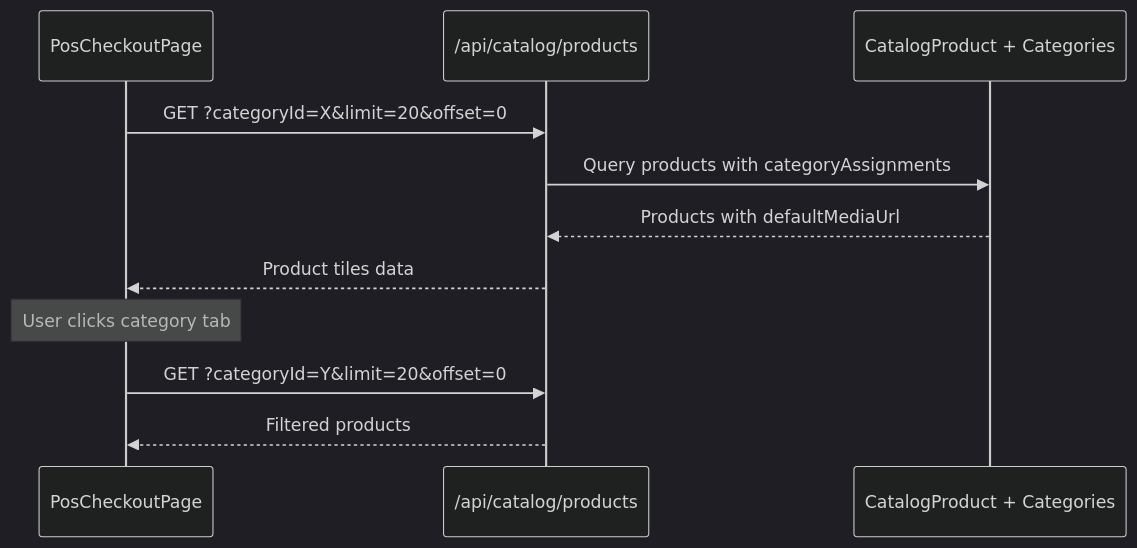
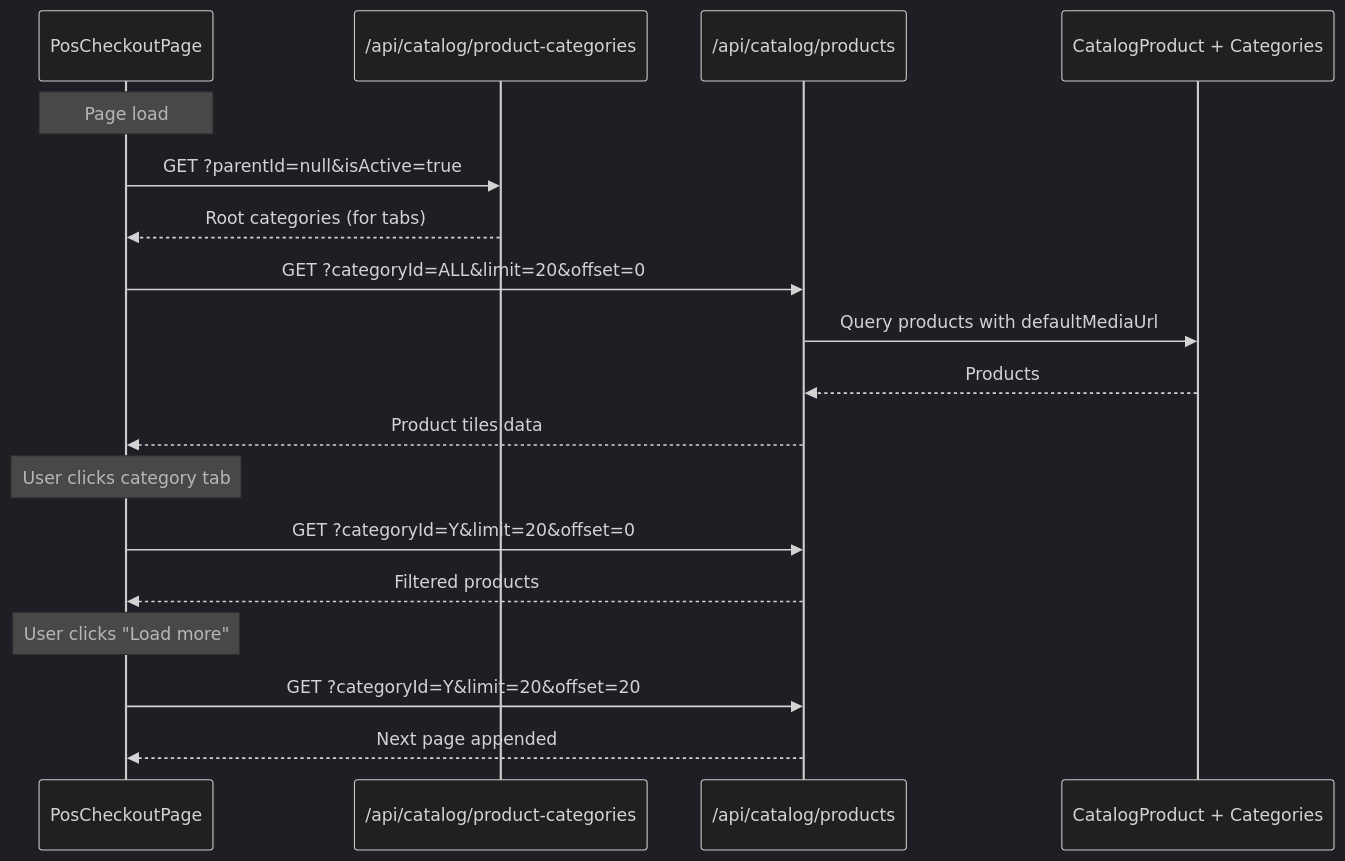
The diagram in .ai/specs/SPEC-016a-2026-02-09-pos-tile-browsing.md (open-mercato/open-mercato), drawn with Mermaid (dark theme) before and after one commit. The commit also changed other lines of this file and 2 other files, not shown here.

Commit message:
docs(pos): refine SPEC-016 and SPEC-016a for OM architecture alignment

````diff
--- a/.ai/specs/SPEC-016a-2026-02-09-pos-tile-browsing.md
+++ b/.ai/specs/SPEC-016a-2026-02-09-pos-tile-browsing.md
@@ -98,15 +98,24 @@
 ```mermaid
 sequenceDiagram
     participant UI as PosCheckoutPage
-    participant API as /api/catalog/products
+    participant CatAPI as /api/catalog/product-categories
+    participant ProdAPI as /api/catalog/products
     participant DB as CatalogProduct + Categories
 
-    UI->>API: GET ?categoryId=X&limit=20&offset=0
-    API->>DB: Query products with categoryAssignments
-    DB-->>API: Products with defaultMediaUrl
-    API-->>UI: Product tiles data
+    Note over UI: Page load
+    UI->>CatAPI: GET ?parentId=null&isActive=true
+    CatAPI-->>UI: Root categories (for tabs)
+
+    UI->>ProdAPI: GET ?categoryId=ALL&limit=20&offset=0
+    ProdAPI->>DB: Query products with defaultMediaUrl
+    DB-->>ProdAPI: Products
+    ProdAPI-->>UI: Product tiles data
     
     Note over UI: User clicks category tab
-    UI->>API: GET ?categoryId=Y&limit=20&offset=0
-    API-->>UI: Filtered products
+    UI->>ProdAPI: GET ?categoryId=Y&limit=20&offset=0
+    ProdAPI-->>UI: Filtered products
+
+    Note over UI: User clicks "Load more"
+    UI->>ProdAPI: GET ?categoryId=Y&limit=20&offset=20
+    ProdAPI-->>UI: Next page appended
 ```
````
